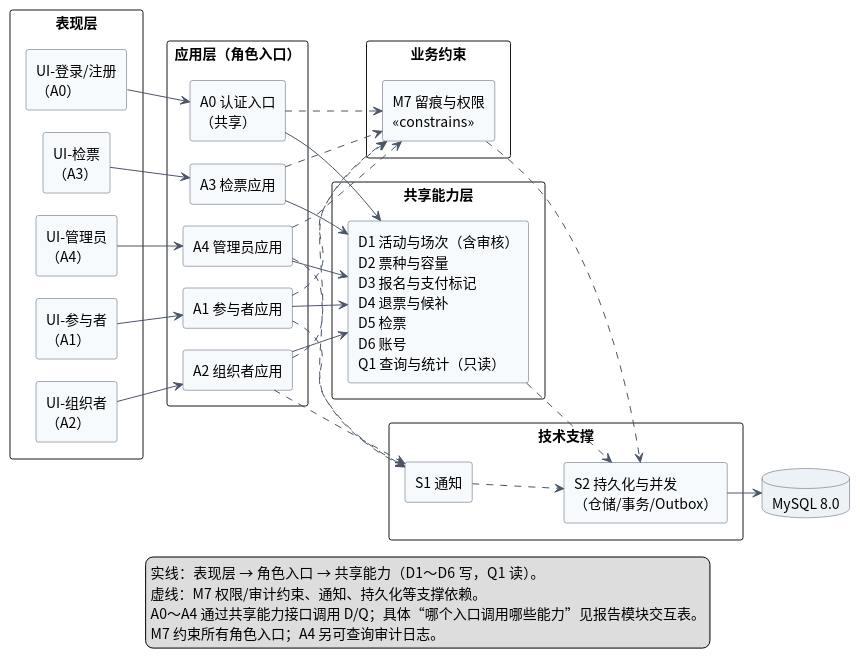
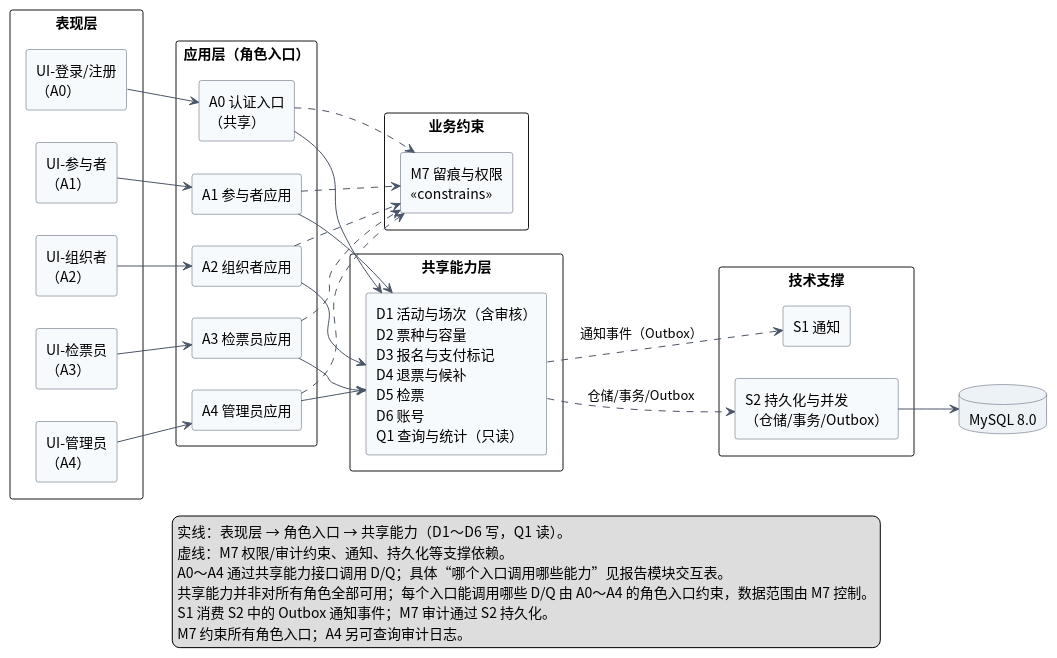
The diagram in lab2/UML/UML组件图.puml (Lewis-44-China/se-lab1-requirements), drawn with PlantUML before and after one commit. The commit also changed 6 other files, not shown here.

First line of the commit message:
lab2: 调整组件图排版与技术支撑连接

```diff
--- a/lab2/UML/UML组件图.puml
+++ b/lab2/UML/UML组件图.puml
@@ -1,86 +1,84 @@
 @startuml UML组件图
 ' 实验二：活动票务与报名系统 组件图（总体架构）
 ' 设计原则：角色入口 + 共享能力 + 业务约束 + 技术支撑。
 ' 具体“哪个入口调用哪些 D/Q 能力”见报告模块交互表；
 ' 领域模块之间的依赖见 UML组件图_领域依赖.puml。
 left to right direction
 skinparam componentStyle rectangle
 skinparam defaultFontName "Noto Sans CJK SC"
 skinparam shadowing false
 skinparam packageStyle rectangle
 skinparam ArrowColor #4A5568
-skinparam nodesep 22
-skinparam ranksep 35
+skinparam nodesep 32
+skinparam ranksep 55
 skinparam component {
   BackgroundColor #F7FAFC
   BorderColor #4A5568
 }
 skinparam database {
   BackgroundColor #EDF2F7
   BorderColor #4A5568
 }
 
 package "表现层" {
   [UI-登录/注册\n（A0）] as U0
   [UI-参与者\n（A1）] as U1
   [UI-组织者\n（A2）] as U2
-  [UI-检票\n（A3）] as U3
+  [UI-检票员\n（A3）] as U3
   [UI-管理员\n（A4）] as U4
 }
 package "应用层（角色入口）" {
   [A0 认证入口\n（共享）] as A0
   [A1 参与者应用] as A1
   [A2 组织者应用] as A2
-  [A3 检票应用] as A3
+  [A3 检票员应用] as A3
   [A4 管理员应用] as A4
 }
 package "业务约束" {
   [M7 留痕与权限\n<<constrains>>] as M7
 }
 package "共享能力层" {
   [D1 活动与场次（含审核）\nD2 票种与容量\nD3 报名与支付标记\nD4 退票与候补\nD5 检票\nD6 账号\nQ1 查询与统计（只读）] as CAP
 }
 package "技术支撑" {
   [S1 通知] as S1
   [S2 持久化与并发\n（仓储/事务/Outbox）] as S2
 }
 database "MySQL 8.0" as DB
 
 ' 表现层到角色入口
 U0 --> A0
 U1 --> A1
 U2 --> A2
 U3 --> A3
 U4 --> A4
 
 ' 角色入口到共享能力
 A0 --> CAP
 A1 --> CAP
 A2 --> CAP
 A3 --> CAP
 A4 --> CAP
 
 ' M7 约束所有角色入口
 A0 ..> M7
 A1 ..> M7
 A2 ..> M7
 A3 ..> M7
 A4 ..> M7
 
 ' 通知与持久化
-A1 ..> S1
-A2 ..> S1
-A4 ..> S1
-CAP ..> S2
-M7 ..> S2
-S1 ..> S2
+CAP ..> S1 : 通知事件（Outbox）
+CAP ..> S2 : 仓储/事务/Outbox
 S2 --> DB
 
 legend bottom
   实线：表现层 → 角色入口 → 共享能力（D1～D6 写，Q1 读）。
   虚线：M7 权限/审计约束、通知、持久化等支撑依赖。
   A0～A4 通过共享能力接口调用 D/Q；具体“哪个入口调用哪些能力”见报告模块交互表。
+  共享能力并非对所有角色全部可用；每个入口能调用哪些 D/Q 由 A0～A4 的角色入口约束，数据范围由 M7 控制。
+  S1 消费 S2 中的 Outbox 通知事件；M7 审计通过 S2 持久化。
   M7 约束所有角色入口；A4 另可查询审计日志。
 endlegend
 
 @enduml
```
